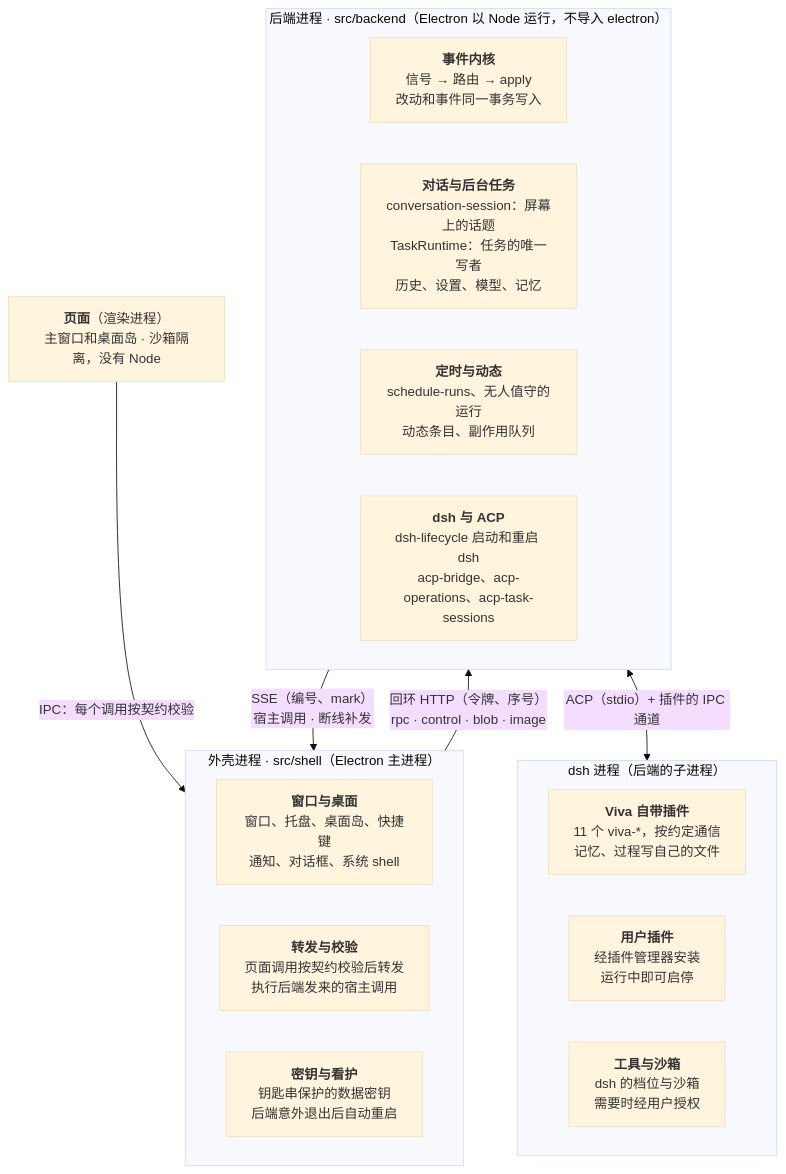
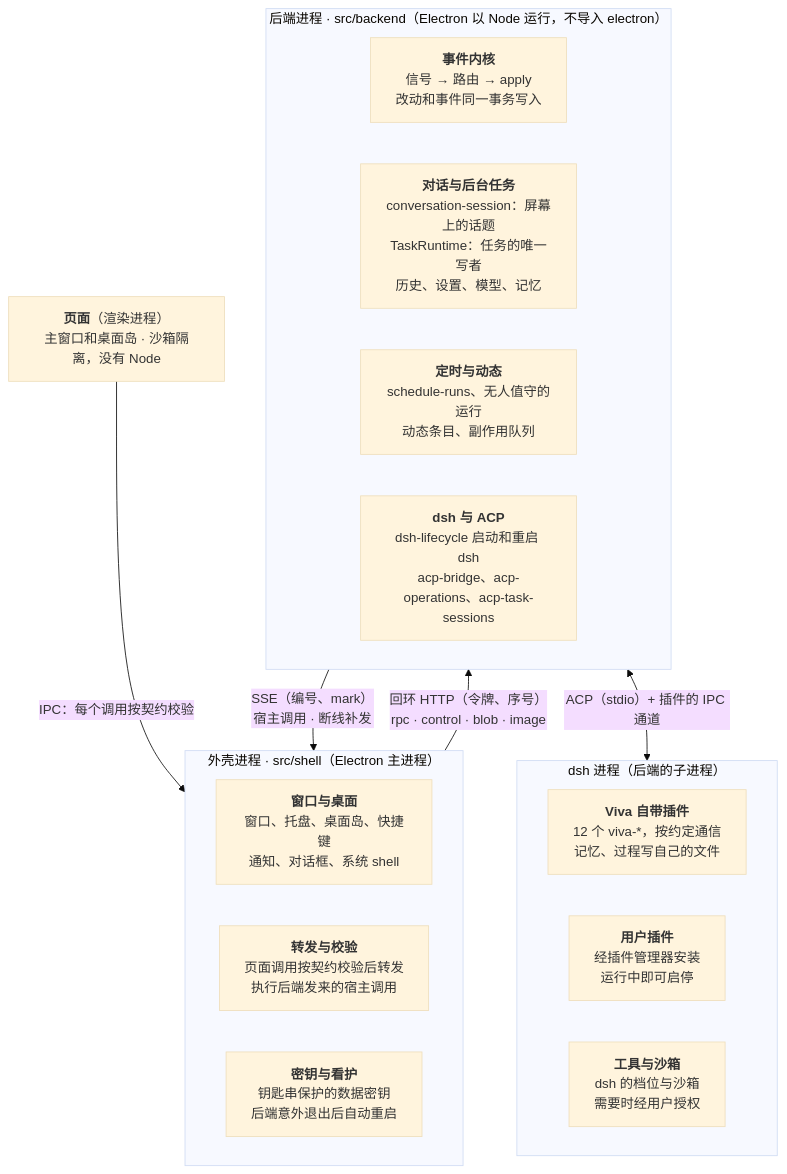
The diagram in docs/system-design.zh-CN.md (JNS0724/Viva), drawn with Mermaid (base theme) before and after one commit. The commit also changed other lines of this file and 71 other files, not shown here.

````diff
--- a/docs/system-design.zh-CN.md
+++ b/docs/system-design.zh-CN.md
@@ -24,24 +24,24 @@
 ```mermaid
 flowchart TB
   pages["<b>页面</b>（渲染进程）<br/>主窗口和桌面岛 · 沙箱隔离，没有 Node"]
   subgraph shell["外壳进程 · src/shell（Electron 主进程）"]
     s1["<b>窗口与桌面</b><br/>窗口、托盘、桌面岛、快捷键<br/>通知、对话框、系统 shell"]
     s2["<b>转发与校验</b><br/>页面调用按契约校验后转发<br/>执行后端发来的宿主调用"]
     s3["<b>密钥与看护</b><br/>钥匙串保护的数据密钥<br/>后端意外退出后自动重启"]
   end
   subgraph backend["后端进程 · src/backend（Electron 以 Node 运行，不导入 electron）"]
     b1["<b>事件内核</b><br/>信号 → 路由 → apply<br/>改动和事件同一事务写入"]
     b2["<b>对话与后台任务</b><br/>conversation-session：屏幕上的话题<br/>TaskRuntime：任务的唯一写者<br/>历史、设置、模型、记忆"]
     b3["<b>定时与动态</b><br/>schedule-runs、无人值守的运行<br/>动态条目、副作用队列"]
     b4["<b>dsh 与 ACP</b><br/>dsh-lifecycle 启动和重启 dsh<br/>acp-bridge、acp-operations、acp-task-sessions"]
   end
   subgraph dsh["dsh 进程（后端的子进程）"]
-    d1["<b>Viva 自带插件</b><br/>11 个 viva-*，按约定通信<br/>记忆、过程写自己的文件"]
+    d1["<b>Viva 自带插件</b><br/>12 个 viva-*，按约定通信<br/>记忆、过程写自己的文件"]
     d2["<b>用户插件</b><br/>经插件管理器安装<br/>运行中即可启停"]
     d3["<b>工具与沙箱</b><br/>dsh 的档位与沙箱<br/>需要时经用户授权"]
   end
   pages -- "IPC：每个调用按契约校验" --> shell
   shell -- "回环 HTTP（令牌、序号）<br/>rpc · control · blob · image" --> backend
   backend -- "SSE（编号、mark）<br/>宿主调用 · 断线补发" --> shell
   backend <-->|"ACP（stdio）+ 插件的 IPC 通道"| dsh
 ```
````
